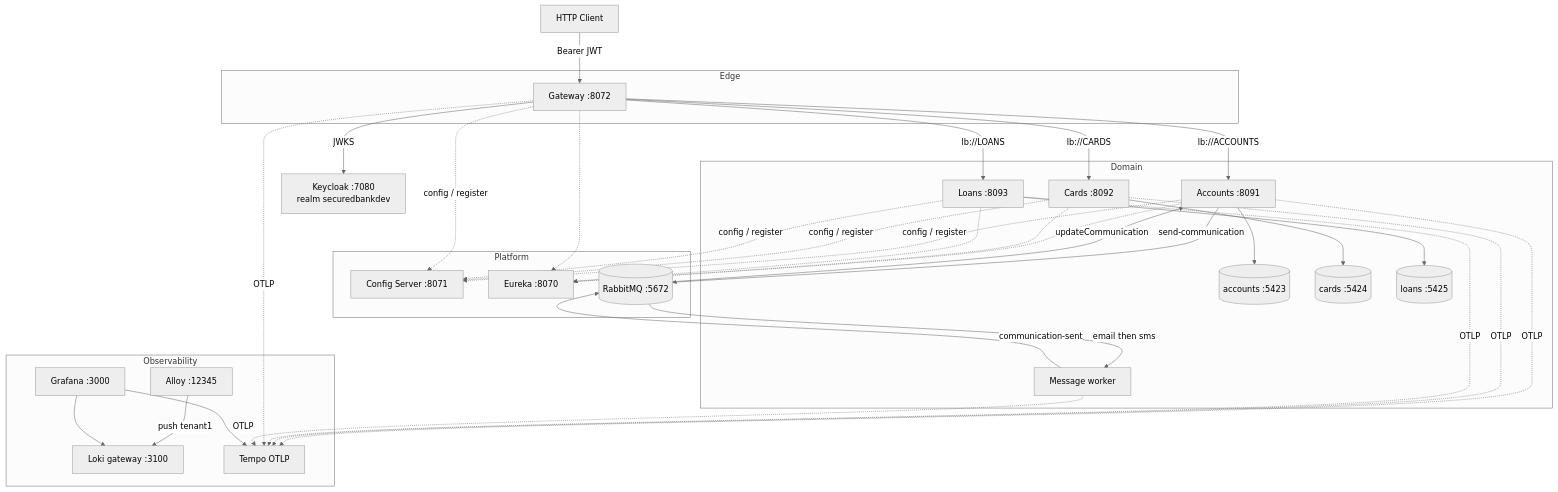
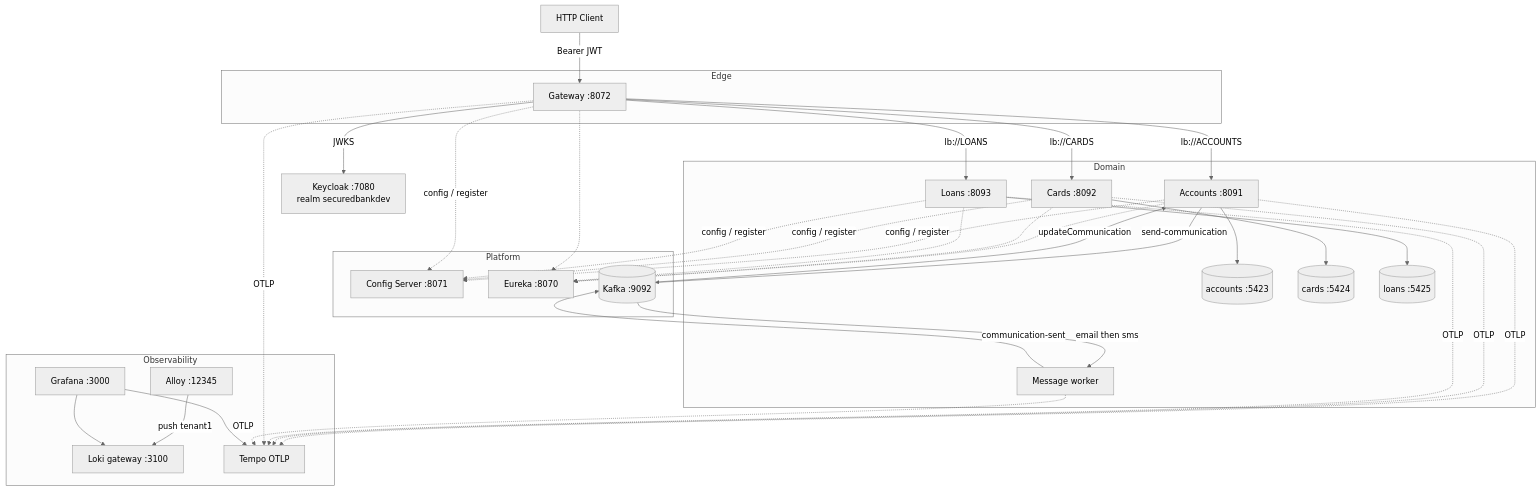
One commit to cham207388/master-ms-sb changed the first of 2 diagrams in README.md. Above: the diagram before and after it, drawn with Mermaid (neutral theme). The commit also changed other lines of this file and 11 other files, not shown here.

````diff
--- a/README.md
+++ b/README.md
@@ -28,55 +28,55 @@
 ```mermaid
 flowchart TB
   Client[HTTP Client]
   KC[Keycloak :7080<br/>realm securedbankdev]
 
   subgraph edge [Edge]
     GW[Gateway :8072]
   end
 
   subgraph platform [Platform]
     CFG[Config Server :8071]
     EU[Eureka :8070]
-    RMQ[(RabbitMQ :5672)]
+    RMQ[(Kafka :9092)]
   end
 
   subgraph domain [Domain]
     ACC[Accounts :8091]
     CRD[Cards :8092]
     LON[Loans :8093]
     MSG[Message worker]
     ACCDB[(accounts :5423)]
     CRDDB[(cards :5424)]
     LONDB[(loans :5425)]
   end
 
   subgraph telemetry [Observability]
     Alloy[Alloy :12345]
     LokiGW[Loki gateway :3100]
     Tempo[Tempo OTLP]
     Grafana[Grafana :3000]
   end
 
   Client -->|Bearer JWT| GW
   GW -->|JWKS| KC
   GW -->|lb://ACCOUNTS| ACC
   GW -->|lb://CARDS| CRD
   GW -->|lb://LOANS| LON
 
   ACC --> ACCDB
   CRD --> CRDDB
   LON --> LONDB
 
   ACC & CRD & LON & GW -.->|config / register| CFG
   ACC & CRD & LON & GW -.-> EU
 
   ACC -->|send-communication| RMQ
   RMQ -->|email then sms| MSG
   MSG -->|communication-sent| RMQ
   RMQ -->|updateCommunication| ACC
 
   Alloy -->|push tenant1| LokiGW
   ACC & CRD & LON & GW & MSG -.->|OTLP| Tempo
   Grafana --> LokiGW
   Grafana --> Tempo
 ```
````
